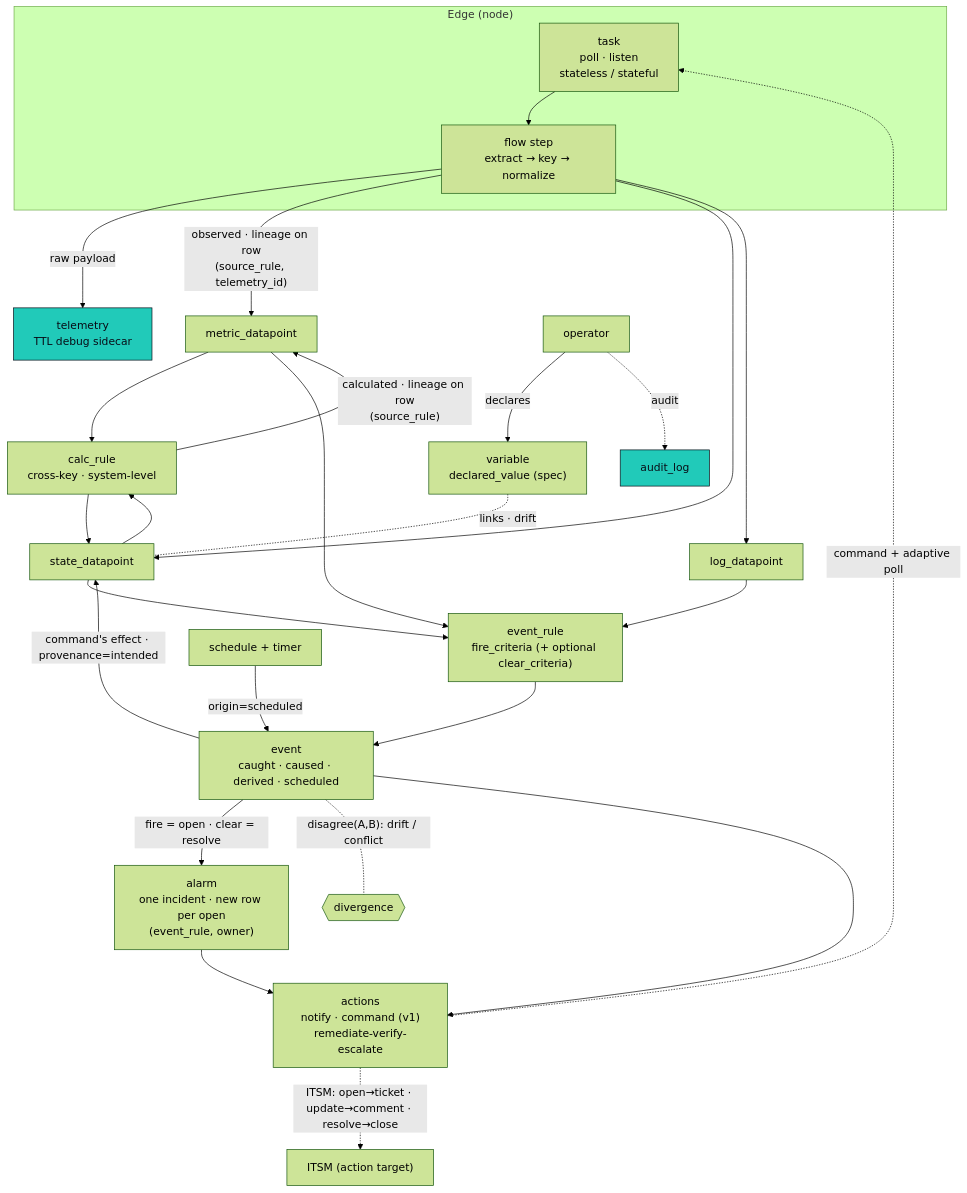
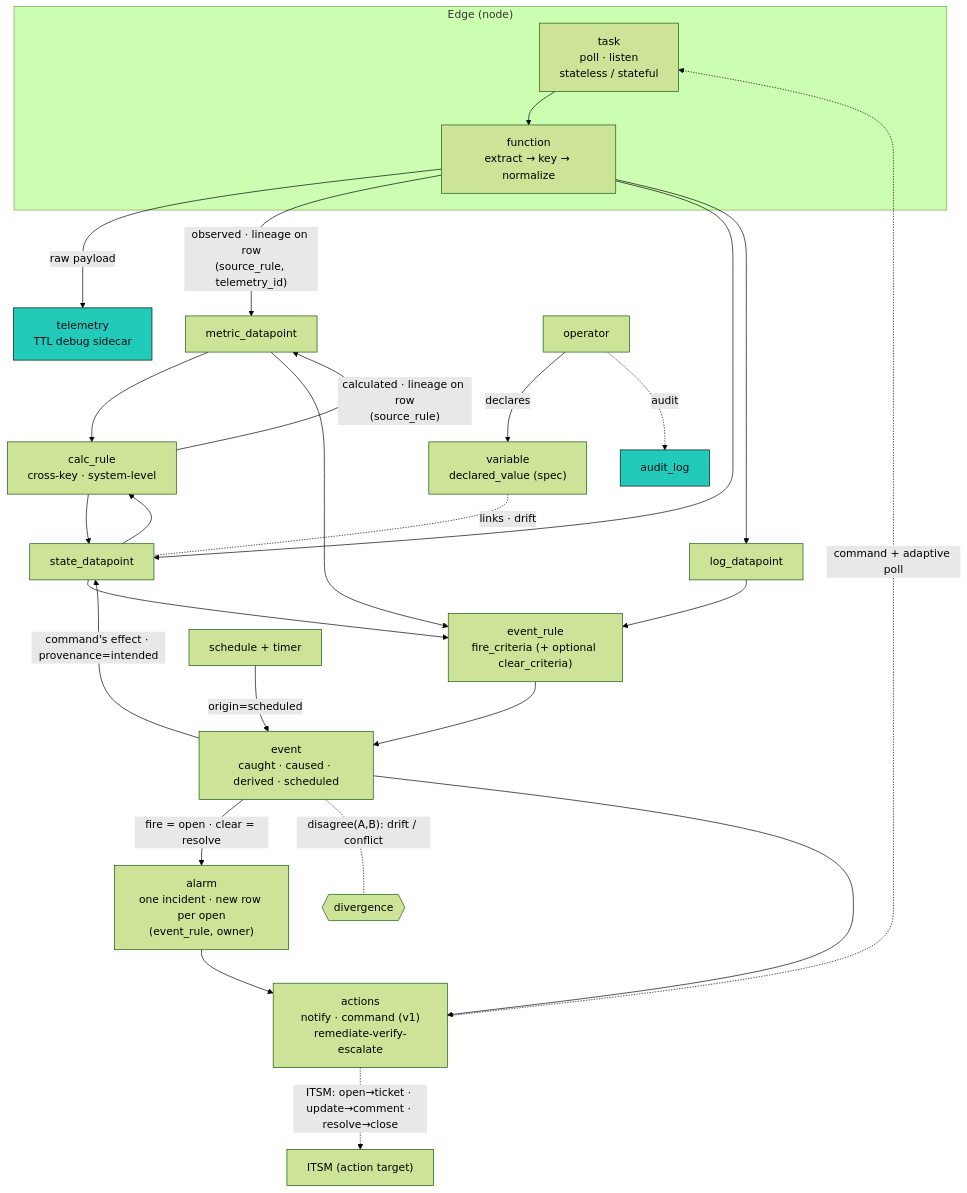
The diagram in docs/src/content/docs/architecture/taxonomy.md (hyperscaleav/omniglass), drawn with Mermaid (forest theme) before and after one commit. The commit also changed other lines of this file and 9 other files, not shown here.

First line of the commit message:
docs(architecture): lock the function / flow model into the docs

````diff
--- a/docs/src/content/docs/architecture/taxonomy.md
+++ b/docs/src/content/docs/architecture/taxonomy.md
@@ -237,41 +237,41 @@
 ```mermaid
 flowchart TD
   subgraph edge["Edge (node)"]
     TASK["task<br/>poll · listen<br/>stateless / stateful"]
-    FLOW["flow step<br/>extract → key → normalize"]
+    FLOW["function<br/>extract → key → normalize"]
     TASK --> FLOW
   end
 
   FLOW -->|"raw payload"| TEL["telemetry<br/>TTL debug sidecar"]
   FLOW -->|"observed · lineage on row<br/>(source_rule, telemetry_id)"| M["metric_datapoint"]
   FLOW --> S["state_datapoint"]
   FLOW --> L["log_datapoint"]
 
   M --> CALC["calc_rule<br/>cross-key · system-level"]
   S --> CALC
   CALC -->|"calculated · lineage on row<br/>(source_rule)"| M
   CALC --> S
 
   M --> ER["event_rule<br/>fire_criteria (+ optional clear_criteria)"]
   S --> ER
   L --> ER
   SCH["schedule + timer"] -->|"origin=scheduled"| EV
   ER --> EV["event<br/>caught · caused · derived · scheduled"]
 
   EV -->|"fire = open · clear = resolve"| AL["alarm<br/>one incident · new row per open<br/>(event_rule, owner)"]
   EV -->|"command's effect · provenance=intended"| S
 
   HUMAN["operator"] -->|"declares"| VAR["variable<br/>declared_value (spec)"]
   VAR -. "links · drift" .- S
   HUMAN -.->|"audit"| AU["audit_log"]
 
   EV -. "disagree(A,B): drift / conflict" .- DIV{{"divergence"}}
 
   EV --> ACT["actions<br/>notify · command (v1)<br/>remediate-verify-escalate"]
   AL --> ACT
   ACT -.->|"ITSM: open→ticket · update→comment · resolve→close"| ITSM["ITSM (action target)"]
   ACT -.->|"command + adaptive poll"| TASK
 
   classDef gt fill:#21CAB9,stroke:#080c16,color:#080c16;
   class TEL,AU gt;
 ```
````
